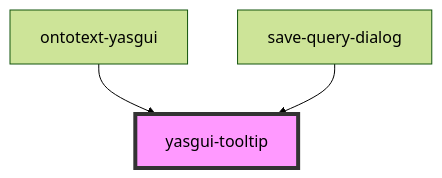
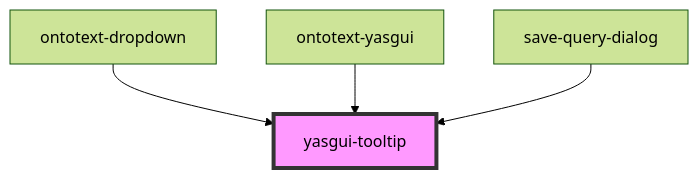
One commit to Ontotext-AD/ontotext-yasgui changed the diagram in ontotext-yasgui-web-component/src/components/ontotext-tooltip-web-component/readme.md. Above: the diagram before and after it, drawn with Mermaid (forest theme). The commit also changed other lines of this file and 12 other files, not shown here.

````diff
--- a/ontotext-yasgui-web-component/src/components/ontotext-tooltip-web-component/readme.md
+++ b/ontotext-yasgui-web-component/src/components/ontotext-tooltip-web-component/readme.md
@@ -25,6 +26,7 @@
 ```mermaid
 graph TD;
+  ontotext-dropdown --> yasgui-tooltip
   ontotext-yasgui --> yasgui-tooltip
   save-query-dialog --> yasgui-tooltip
   style yasgui-tooltip fill:#f9f,stroke:#333,stroke-width:4px
 ```
````
